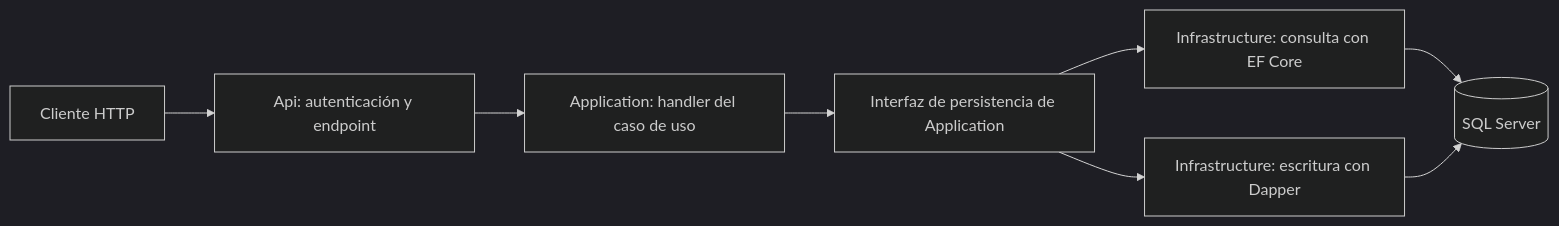
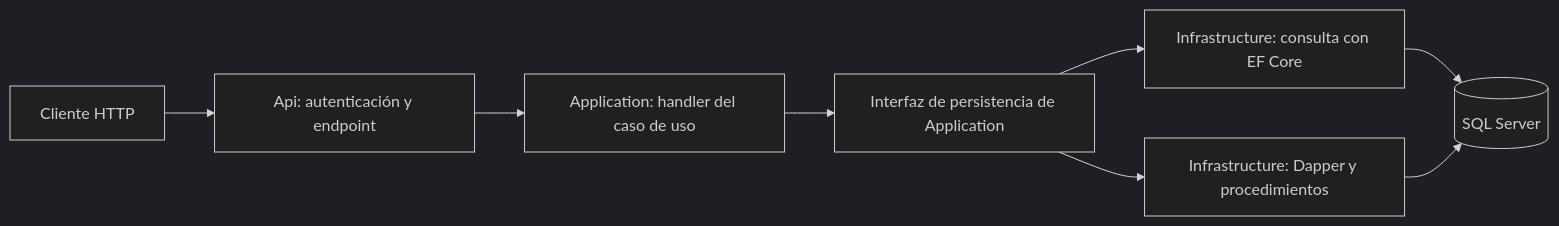
The diagram in README.md (roberto-mb-gamez/ProductInventory), drawn with Mermaid (dark theme) before and after one commit. The commit also changed other lines of this file and 26 other files, not shown here.

````diff
--- a/README.md
+++ b/README.md
@@ -118,10 +118,10 @@
 ```mermaid
 flowchart LR
     Client[Cliente HTTP] --> Api[Api: autenticación y endpoint]
     Api --> Handler[Application: handler del caso de uso]
     Handler --> Port[Interfaz de persistencia de Application]
     Port --> Read[Infrastructure: consulta con EF Core]
-    Port --> Write[Infrastructure: escritura con Dapper]
+    Port --> Write[Infrastructure: Dapper y procedimientos]
     Read --> Database[(SQL Server)]
     Write --> Database
 ```
````
